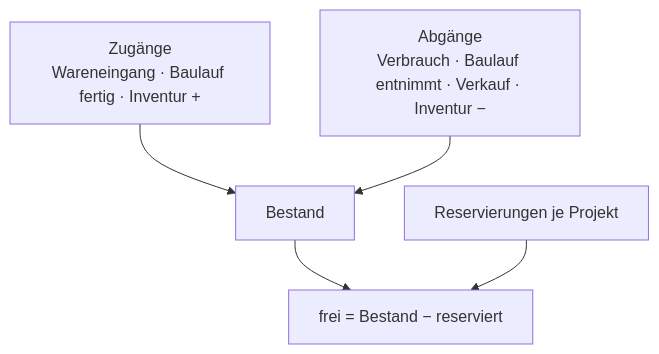
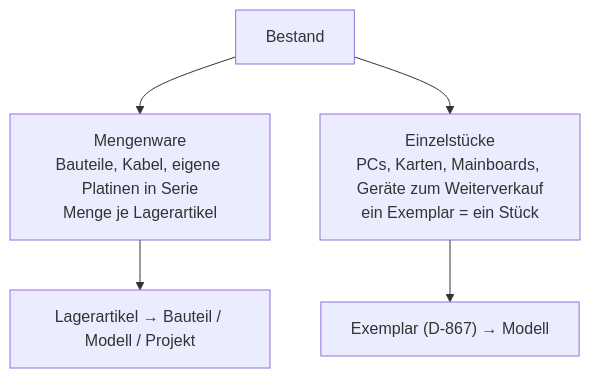
The second of 4 diagrams in docs/pakete/lager/konzept.md (sfambach/wp-taxonomy-modeler), drawn with Mermaid before and after one commit. The commit also changed other lines of this file, not shown here.

````diff
--- a/docs/pakete/lager/konzept.md
+++ b/docs/pakete/lager/konzept.md
@@ -40,7 +56,7 @@
 ```mermaid
 flowchart TB
-  Z["Zugänge<br/>Wareneingang · Baulauf fertig · Inventur +"] --> BE["Bestand"]
-  A["Abgänge<br/>Verbrauch · Baulauf entnimmt · Verkauf · Inventur −"] --> BE
-  BE --> F["frei = Bestand − reserviert"]
-  RS["Reservierungen je Projekt"] --> F
+  BE["Bestand"] --> MW["Mengenware<br/>Bauteile, Kabel, eigene Platinen in Serie<br/>Menge je Lagerartikel"]
+  BE --> EZ["Einzelstücke<br/>PCs, Karten, Mainboards, Geräte zum Weiterverkauf<br/>ein Exemplar = ein Stück"]
+  MW --> LA["Lagerartikel → Bauteil / Modell / Projekt"]
+  EZ --> EX["Exemplar (D-867) → Modell"]
 ```
````
